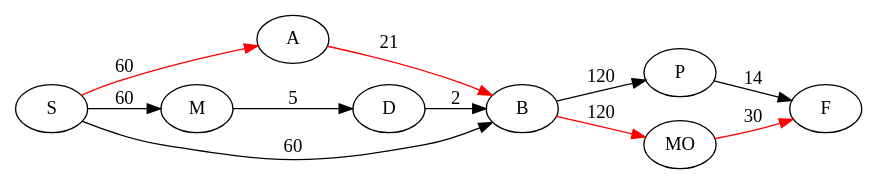
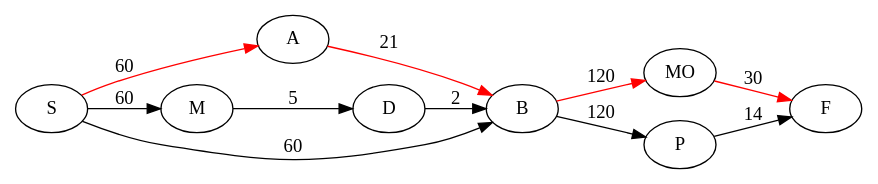
Before and after one commit to Malik-Hacini/Projet-Graphes: the diagram in Analyses/Historique_Production_film/Analyse_Initiale/Analyse_Initiale-dot2tex-fig1.dot, drawn with Graphviz. The commit also changed other lines of this file and 29 other files, not shown here.

```diff
--- a/Analyses/Historique_Production_film/Analyse_Initiale/Analyse_Initiale-dot2tex-fig1.dot
+++ b/Analyses/Historique_Production_film/Analyse_Initiale/Analyse_Initiale-dot2tex-fig1.dot
@@ -1,14 +1,14 @@
 
     digraph G{
    rankdir=LR
    S -> A [label="60" color="red"];
    S -> M [label="60"];
    S -> B [label="60"];
    A -> B [label="21" color="red"];
    M -> D [label="5"];
    D -> B [label="2"];
+   B -> MO [label="120" color="red"];
    B -> P [label="120"];
-   B -> MO [label="120" color="red"];
    MO -> F [label="30" color="red"];
    P -> F [label="14"];
    }
```
